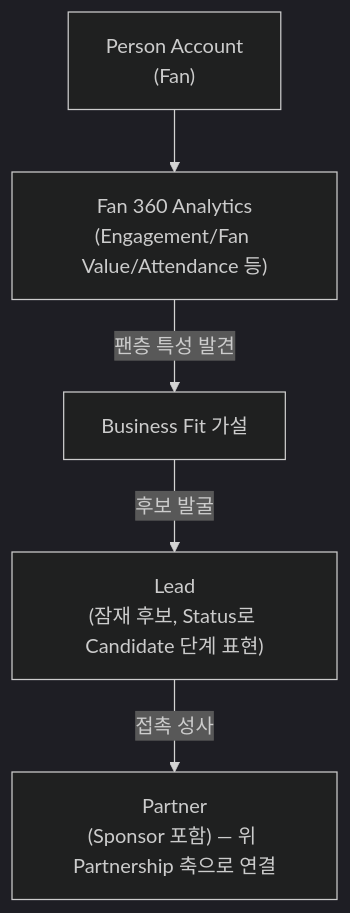
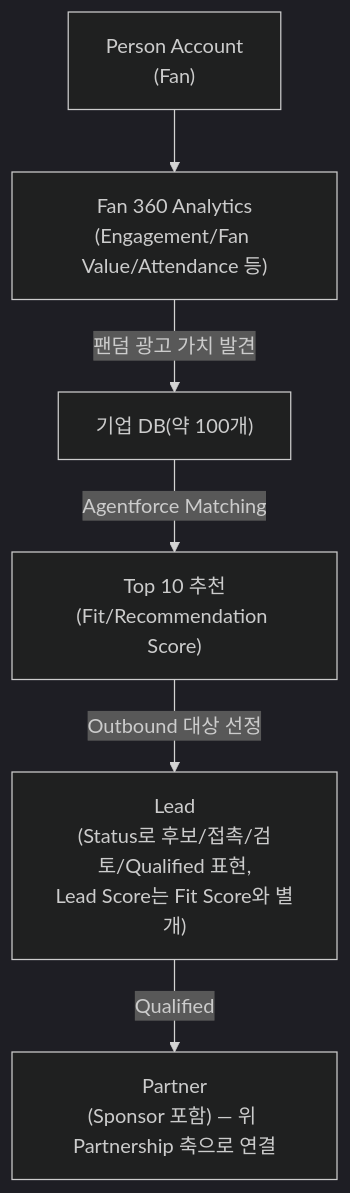
Diagram 13 of 13 in docs/01_PROJECT.md (CellsOrg/CloudAlpacas), drawn with Mermaid (dark theme) before and after one commit. The commit also changed other lines of this file and 16 other files, not shown here.

````diff
--- a/docs/01_PROJECT.md
+++ b/docs/01_PROJECT.md
@@ -438,7 +440,8 @@
 ```mermaid
 graph TD
     F["Person Account<br/>(Fan)"] --> FI["Fan 360 Analytics<br/>(Engagement/Fan Value/Attendance 등)"]
-    FI -->|팬층 특성 발견| FH[Business Fit 가설]
-    FH -->|후보 발굴| L["Lead<br/>(잠재 후보, Status로 Candidate 단계 표현)"]
-    L -->|접촉 성사| P["Partner<br/>(Sponsor 포함) — 위 Partnership 축으로 연결"]
+    FI -->|팬덤 광고 가치 발견| CDB["기업 DB(약 100개)"]
+    CDB -->|Agentforce Matching| TOP["Top 10 추천<br/>(Fit/Recommendation Score)"]
+    TOP -->|Outbound 대상 선정| L["Lead<br/>(Status로 후보/접촉/검토/Qualified 표현,<br/>Lead Score는 Fit Score와 별개)"]
+    L -->|Qualified| P["Partner<br/>(Sponsor 포함) — 위 Partnership 축으로 연결"]
 ```
````
